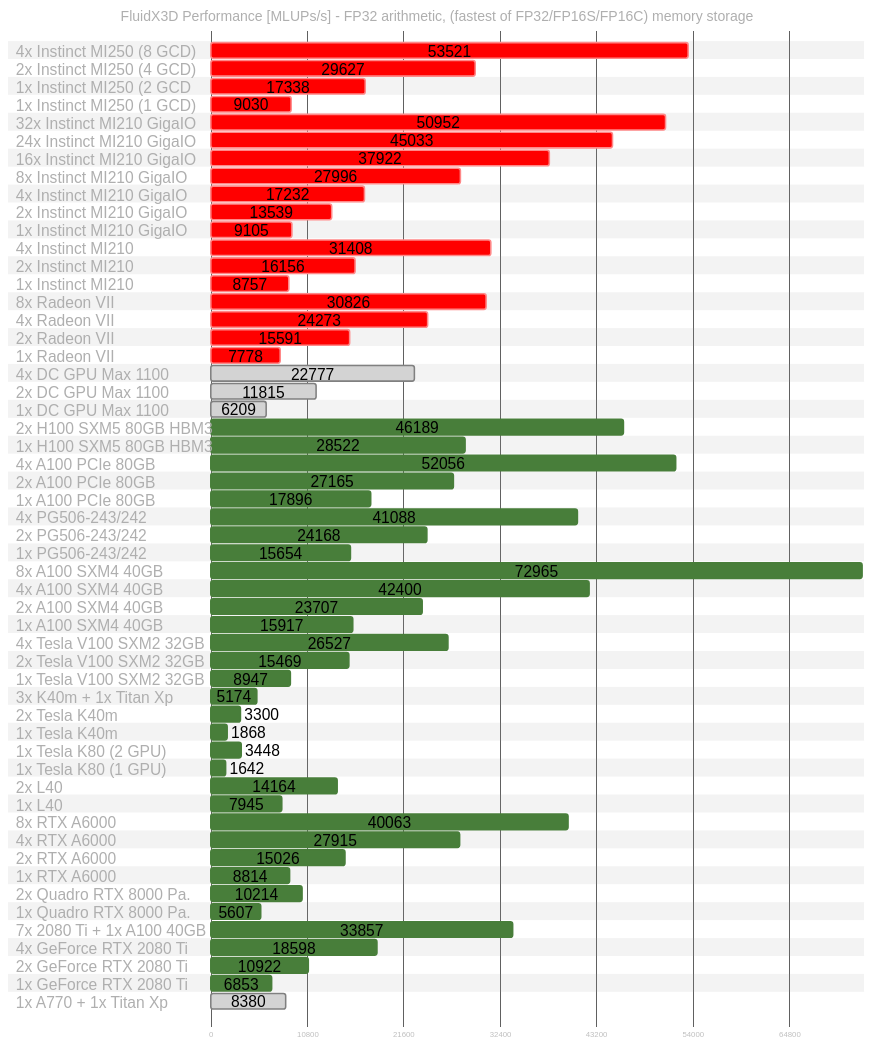
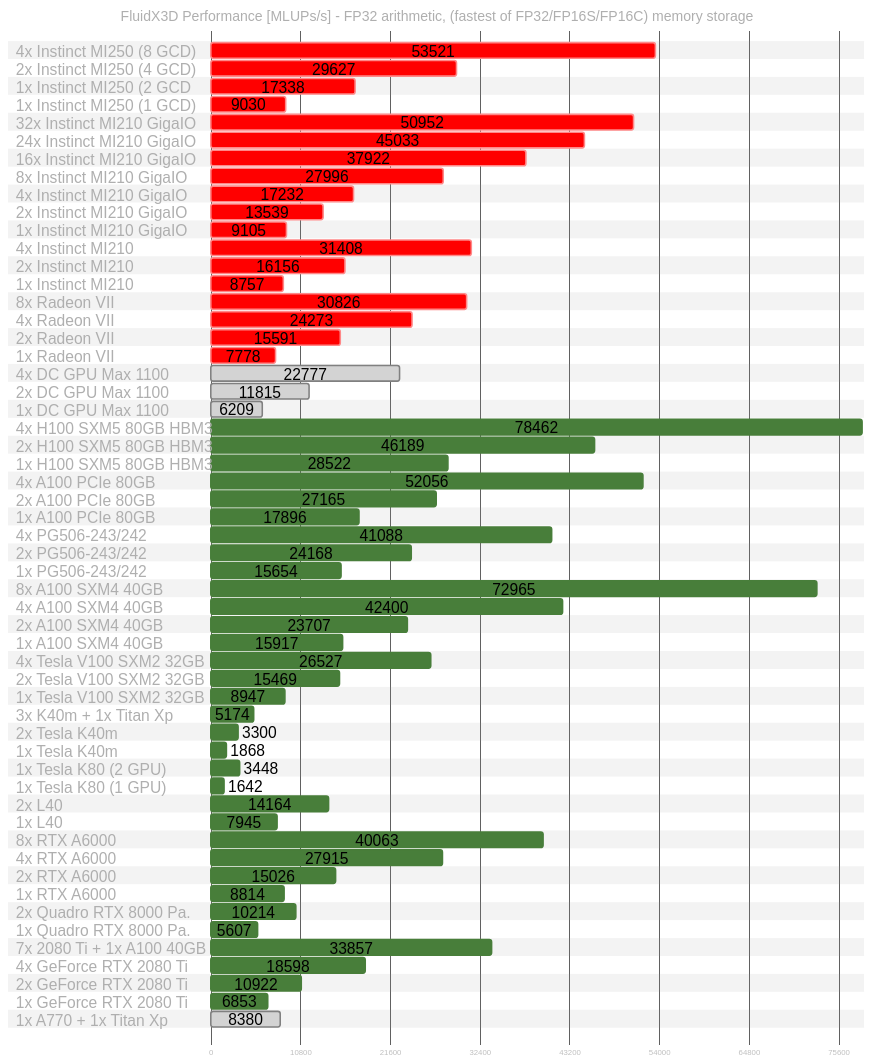
One commit to ProjectPhysX/FluidX3D changed the second of 2 diagrams in README.md. Above: the diagram before and after it, drawn with Mermaid. The commit also changed other lines of this file, not shown here.

Commit message:
Added more benchmarks in Readme

```diff
--- a/README.md
+++ b/README.md
@@ -1199,6 +1199,8 @@
 section 1x DC GPU Max 1100
 	6209 :done, 0, 6209
 
+section 4x H100 SXM5 80GB HBM3
+	78462 : 0, 78462
 section 2x H100 SXM5 80GB HBM3
 	46189 : 0, 46189
 section 1x H100 SXM5 80GB HBM3
```
